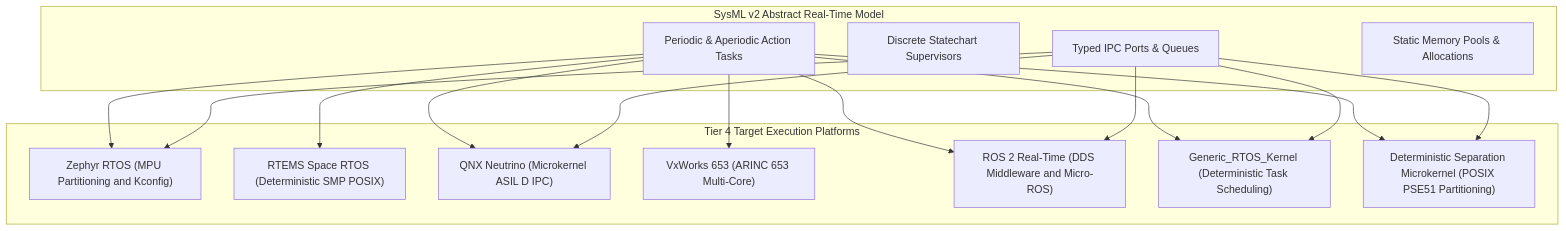
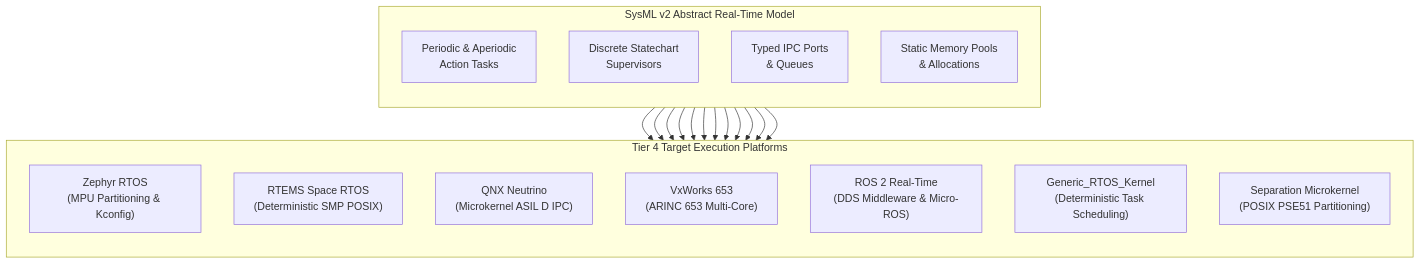
Before and after one commit to gintatkinson/DEAP01-spec-core: the eighth of 10 diagrams in docs/architecture/blueprints/DEAP_MULTI_TOOLCHAIN_SYNTHESIS_ARCHITECTURE.md, drawn with Mermaid. The commit also changed other lines of this file and 28 other files, not shown here.

````diff
--- a/docs/architecture/blueprints/DEAP_MULTI_TOOLCHAIN_SYNTHESIS_ARCHITECTURE.md
+++ b/docs/architecture/blueprints/DEAP_MULTI_TOOLCHAIN_SYNTHESIS_ARCHITECTURE.md
@@ -660,33 +687,35 @@
 ```mermaid
 flowchart TD
     subgraph SysML_Execution_Front ["SysML v2 Abstract Real-Time Model"]
-        Tasks["Periodic & Aperiodic Action Tasks"]
-        State_Supervisors["Discrete Statechart Supervisors"]
-        IPC_Ports["Typed IPC Ports & Queues"]
-        Memory_Bounds["Static Memory Pools & Allocations"]
+        direction TB
+        Tasks["Periodic & Aperiodic<br/>Action Tasks"]
+        State_Supervisors["Discrete Statechart<br/>Supervisors"]
+        IPC_Ports["Typed IPC Ports<br/>& Queues"]
+        Memory_Bounds["Static Memory Pools<br/>& Allocations"]
     end
 
     subgraph Tier4_Targets ["Tier 4 Target Execution Platforms"]
-        T4_Zephyr["Zephyr RTOS (MPU Partitioning and Kconfig)"]
-        T4_RTEMS["RTEMS Space RTOS (Deterministic SMP POSIX)"]
-        T4_QNX["QNX Neutrino (Microkernel ASIL D IPC)"]
-        T4_VxWorks["VxWorks 653 (ARINC 653 Multi-Core)"]
-        T4_ROS2["ROS 2 Real-Time (DDS Middleware and Micro-ROS)"]
-        T4_Kernel["Generic_RTOS_Kernel (Deterministic Task Scheduling)"]
-        T4_Micro["Deterministic Separation Microkernel (POSIX PSE51 Partitioning)"]
+        direction TB
+        T4_Zephyr["Zephyr RTOS<br/>(MPU Partitioning & Kconfig)"]
+        T4_RTEMS["RTEMS Space RTOS<br/>(Deterministic SMP POSIX)"]
+        T4_QNX["QNX Neutrino<br/>(Microkernel ASIL D IPC)"]
+        T4_VxWorks["VxWorks 653<br/>(ARINC 653 Multi-Core)"]
+        T4_ROS2["ROS 2 Real-Time<br/>(DDS Middleware & Micro-ROS)"]
+        T4_Kernel["Generic_RTOS_Kernel<br/>(Deterministic Task Scheduling)"]
+        T4_Micro["Separation Microkernel<br/>(POSIX PSE51 Partitioning)"]
     end
 
     Tasks --> T4_Zephyr
     Tasks --> T4_RTEMS
     Tasks --> T4_QNX
     Tasks --> T4_VxWorks
     Tasks --> T4_ROS2
     Tasks --> T4_Kernel
     Tasks --> T4_Micro
 
     IPC_Ports --> T4_Zephyr
     IPC_Ports --> T4_QNX
     IPC_Ports --> T4_ROS2
     IPC_Ports --> T4_Kernel
     IPC_Ports --> T4_Micro
 ```
````
